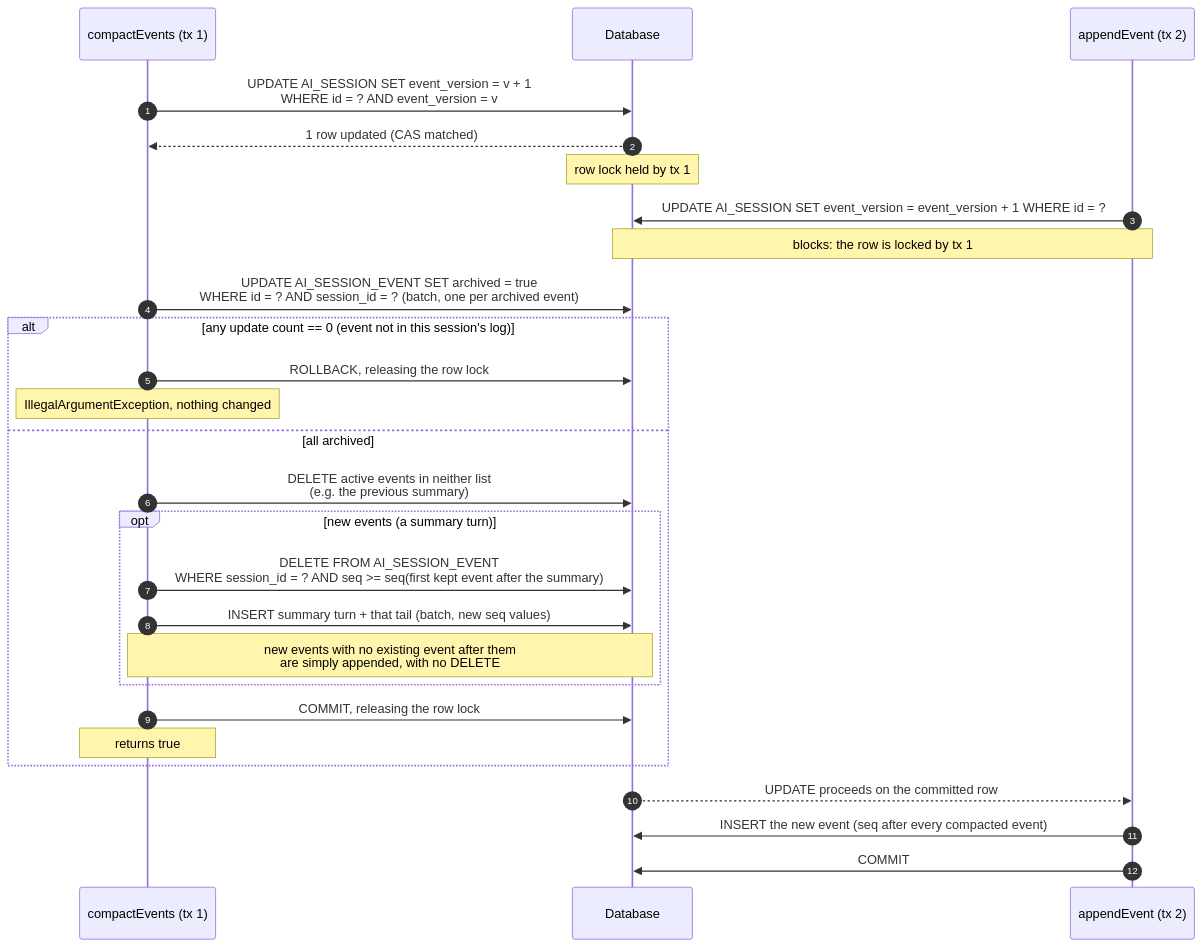
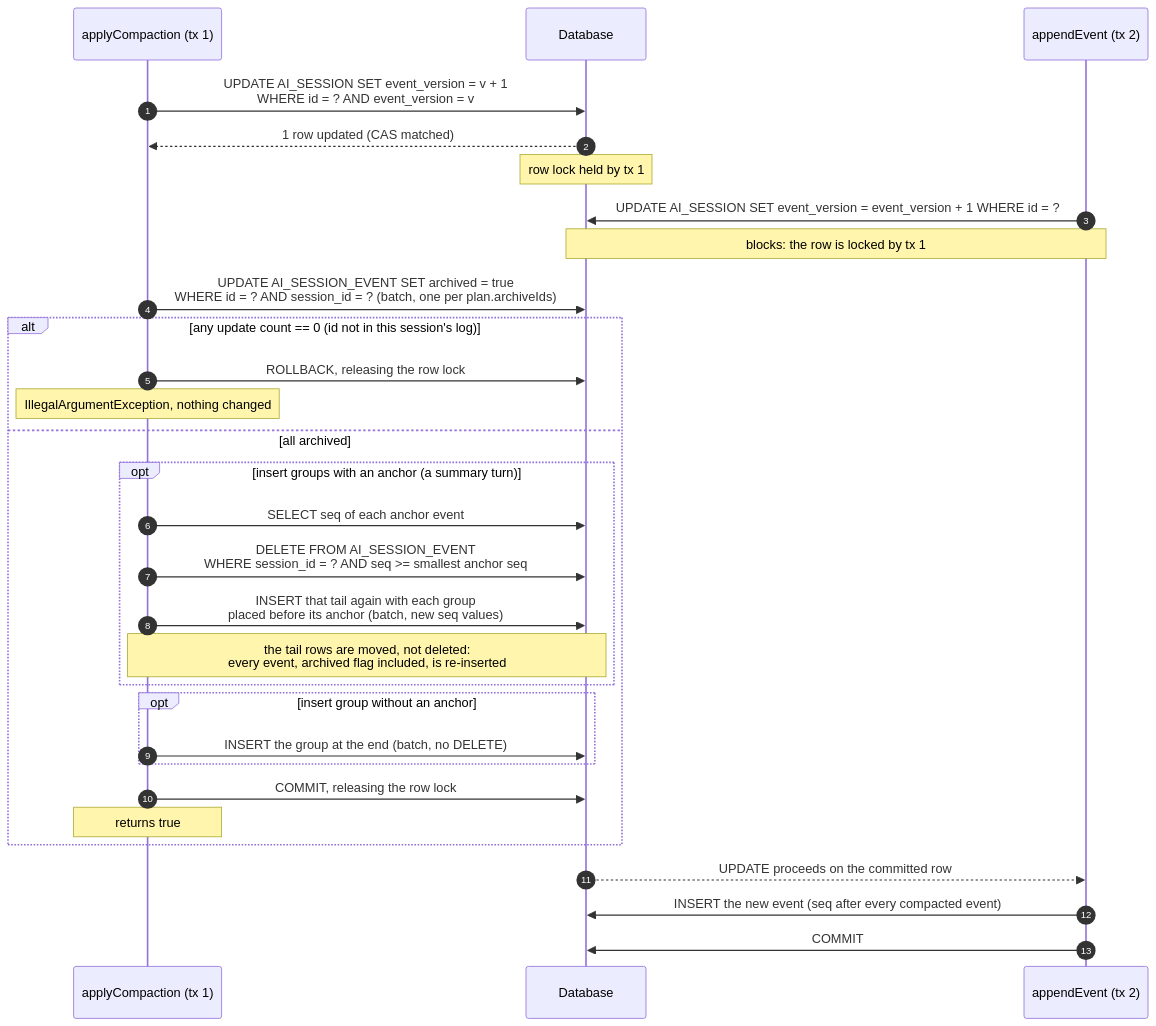
The ninth of 9 diagrams in docs/session-management/compaction-internals.md (andotorg/spring-ai-session), drawn with Mermaid before and after one commit. The commit also changed other lines of this file and 44 other files, not shown here.

````diff
--- a/docs/session-management/compaction-internals.md
+++ b/docs/session-management/compaction-internals.md
@@ -360,30 +465,33 @@
 ```mermaid
 sequenceDiagram
     autonumber
-    participant C as compactEvents (tx 1)
+    participant C as applyCompaction (tx 1)
     participant DB as Database
     participant A as appendEvent (tx 2)
 
     C->>DB: UPDATE AI_SESSION SET event_version = v + 1<br/>WHERE id = ? AND event_version = v
     DB-->>C: 1 row updated (CAS matched)
     Note over DB: row lock held by tx 1
     A->>DB: UPDATE AI_SESSION SET event_version = event_version + 1 WHERE id = ?
     Note over A,DB: blocks: the row is locked by tx 1
-    C->>DB: UPDATE AI_SESSION_EVENT SET archived = true<br/>WHERE id = ? AND session_id = ? (batch, one per archived event)
-    alt any update count == 0 (event not in this session's log)
+    C->>DB: UPDATE AI_SESSION_EVENT SET archived = true<br/>WHERE id = ? AND session_id = ? (batch, one per plan.archiveIds)
+    alt any update count == 0 (id not in this session's log)
         C->>DB: ROLLBACK, releasing the row lock
         Note over C: IllegalArgumentException, nothing changed
     else all archived
-        C->>DB: DELETE active events in neither list<br/>(e.g. the previous summary)
-        opt new events (a summary turn)
-            C->>DB: DELETE FROM AI_SESSION_EVENT<br/>WHERE session_id = ? AND seq >= seq(first kept event after the summary)
-            C->>DB: INSERT summary turn + that tail (batch, new seq values)
-            Note over C,DB: new events with no existing event after them<br/>are simply appended, with no DELETE
+        opt insert groups with an anchor (a summary turn)
+            C->>DB: SELECT seq of each anchor event
+            C->>DB: DELETE FROM AI_SESSION_EVENT<br/>WHERE session_id = ? AND seq >= smallest anchor seq
+            C->>DB: INSERT that tail again with each group<br/>placed before its anchor (batch, new seq values)
+            Note over C,DB: the tail rows are moved, not deleted:<br/>every event, archived flag included, is re-inserted
+        end
+        opt insert group without an anchor
+            C->>DB: INSERT the group at the end (batch, no DELETE)
         end
         C->>DB: COMMIT, releasing the row lock
         Note over C: returns true
     end
     DB-->>A: UPDATE proceeds on the committed row
     A->>DB: INSERT the new event (seq after every compacted event)
     A->>DB: COMMIT
 ```
````
